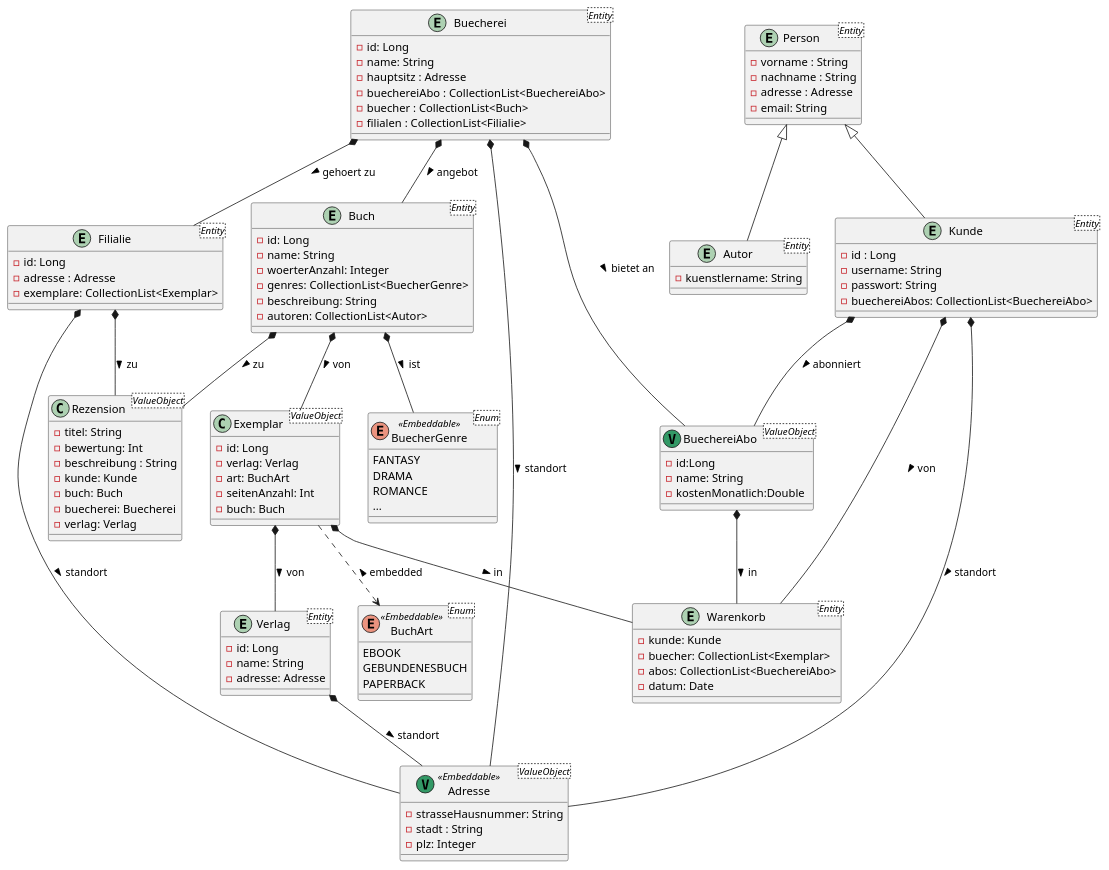
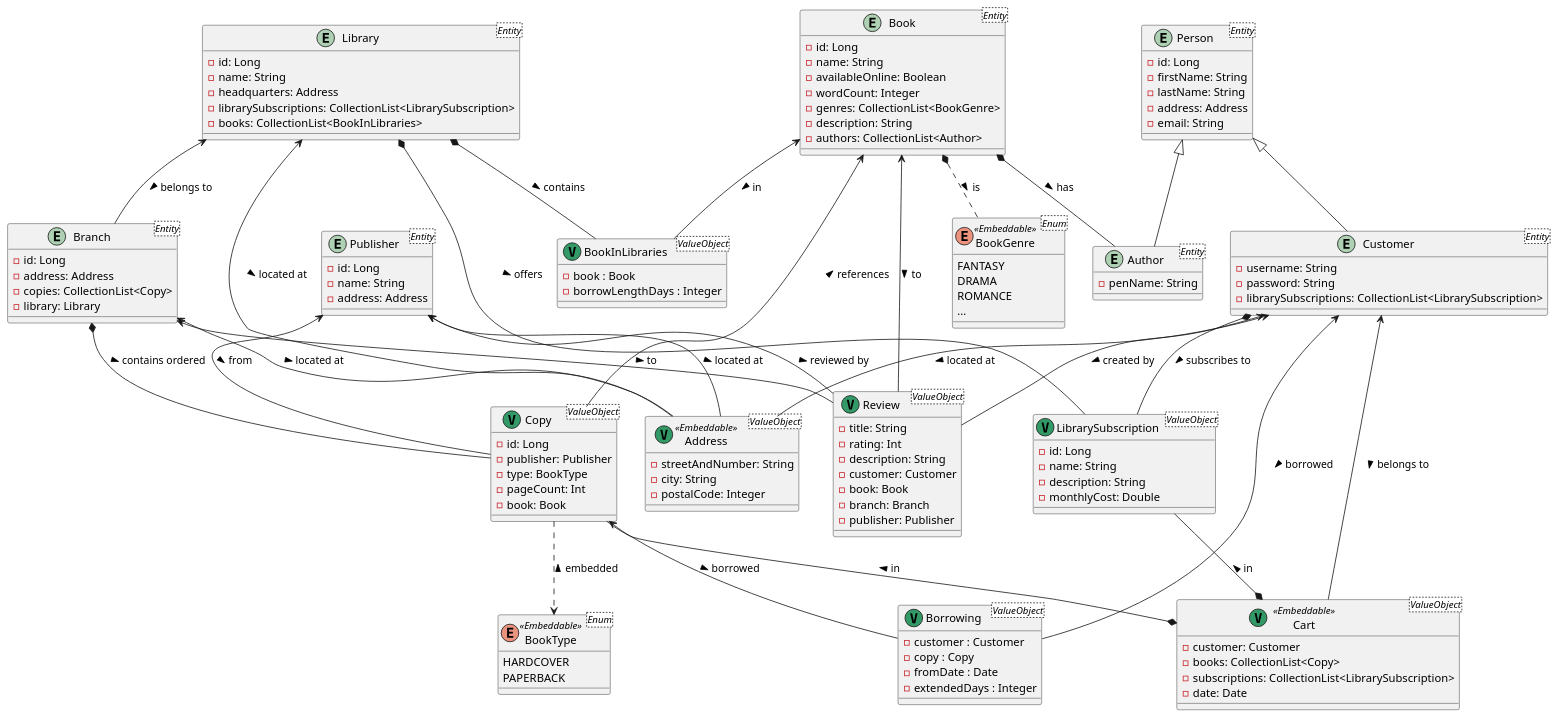
Before and after one commit to Rab210635/BackupRepoPosProject2425: the diagram in sj24-25-Scherzer-Rabar/Bibliothek.puml, drawn with PlantUML.

Commit message:
Modelling continued

```diff
--- a/sj24-25-Scherzer-Rabar/Bibliothek.puml
+++ b/sj24-25-Scherzer-Rabar/Bibliothek.puml
@@ -1,127 +1,146 @@
-     @startuml
+@startuml
 
-entity Buecherei <Entity> {
+entity Library <Entity> {
     - id: Long
     - name: String
-    - hauptsitz : Adresse
-    - buechereiAbo : CollectionList<BuechereiAbo>
-    - buecher : CollectionList<Buch>
-    - filialen : CollectionList<Filialie>
+    - headquarters: Address
+    - librarySubscriptions: CollectionList<LibrarySubscription>
+    - books: CollectionList<BookInLibraries>
 }
 
-entity Filialie <Entity> {
+entity Branch <Entity> {
     - id: Long
-    - adresse : Adresse
-    - exemplare: CollectionList<Exemplar>
+    - address: Address
+    - copies: CollectionList<Copy>
+    - library: Library
 }
 
-entity Buch <Entity> {
+class BookInLibraries <ValueObject> << (V,#339966) >> {
+    - book : Book
+    - borrowLengthDays : Integer
+}
+
+entity Book <Entity> {
     - id: Long
     - name: String
-    - woerterAnzahl: Integer
-    - genres: CollectionList<BuecherGenre>
-    - beschreibung: String
-    - autoren: CollectionList<Autor>
+    - availableOnline: Boolean
+    - wordCount: Integer
+    - genres: CollectionList<BookGenre>
+    - description: String
+    - authors: CollectionList<Author>
 }
 
-class Exemplar <ValueObject>{
-    - id: Long
-    - verlag: Verlag
-    - art: BuchArt
-    - seitenAnzahl: Int
-    - buch: Buch
+class Borrowing <ValueObject> << (V,#339966) >> {
+    - customer : Customer
+    - copy : Copy
+    - fromDate : Date
+    - extendedDays : Integer
 }
 
-entity Warenkorb <Entity> {
-    - kunde: Kunde
-    - buecher: CollectionList<Exemplar>
-    - abos: CollectionList<BuechereiAbo>
-    - datum: Date
+class Copy <ValueObject> << (V,#339966) >> {
+    - id: Long
+    - publisher: Publisher
+    - type: BookType
+    - pageCount: Int
+    - book: Book
 }
 
-
+class Cart <ValueObject> << (V, #339966) Embeddable >> {
+    - customer: Customer
+    - books: CollectionList<Copy>
+    - subscriptions: CollectionList<LibrarySubscription>
+    - date: Date
+}
 
 entity Person <Entity> {
-    - vorname : String
-    - nachname : String
-    - adresse : Adresse
+    - id: Long
+    - firstName: String
+    - lastName: String
+    - address: Address
     - email: String
 }
-entity Autor <Entity> extends Person{
-    - kuenstlername: String
+
+entity Author <Entity> extends Person {
+    - penName: String
 }
 
-entity Kunde <Entity>  extends Person{
-    - id : Long
+entity Customer <Entity> extends Person {
     - username: String
-    - passwort: String
-    - buechereiAbos: CollectionList<BuechereiAbo>
+    - password: String
+    - librarySubscriptions: CollectionList<LibrarySubscription>
 }
 
-class Adresse <ValueObject> << (V, #339966) Embeddable >>{
-    - strasseHausnummer: String
-    - stadt : String
-    - plz: Integer
+class Address <ValueObject> << (V, #339966) Embeddable >> {
+    - streetAndNumber: String
+    - city: String
+    - postalCode: Integer
 }
 
-class Rezension <ValueObject> {
-    - titel: String
-    - bewertung: Int
-    - beschreibung : String
-    - kunde: Kunde
-    - buch: Buch
-    - buecherei: Buecherei
-    - verlag: Verlag
+class Review <ValueObject> << (V,#339966) >> {
+    - title: String
+    - rating: Int
+    - description: String
+    - customer: Customer
+    - book: Book
+    - branch: Branch
+    - publisher: Publisher
 }
 
-entity Verlag <Entity> {
+entity Publisher <Entity> {
     - id: Long
     - name: String
-    - adresse: Adresse
+    - address: Address
 }
 
-class BuechereiAbo <ValueObject> << (V,#339966) >> {
-    - id:Long
+class LibrarySubscription <ValueObject> << (V,#339966) >> {
+    - id: Long
     - name: String
-    - kostenMonatlich:Double
+    - description: String
+    - monthlyCost: Double
 }
 
-enum BuchArt <Enum> <<Embeddable>>{
-    EBOOK
-    GEBUNDENESBUCH
+enum BookType <Enum> <<Embeddable>> {
+    HARDCOVER
     PAPERBACK
 }
 
-enum BuecherGenre <Enum> <<Embeddable>> {
+enum BookGenre <Enum> <<Embeddable>> {
     FANTASY
     DRAMA
     ROMANCE
     ...
 }
 
-Buch *-- Exemplar : von >
-Buch *-- Rezension : zu >
-Buch *-- BuecherGenre : ist >
+Book <-- Copy : references <
+Book <-- Review : to >
+Book *.. BookGenre : is >
+Book *-- Author : has >
+Book <-- BookInLibraries : in >
 
-Exemplar *-- Verlag : von >
-Exemplar *-- Warenkorb : in >
-Exemplar ..> BuchArt :< embedded
+Customer <-- Address : located at >
+Customer *-- LibrarySubscription: subscribes to >
+Customer <-- Cart: belongs to >
+Customer <-- Review: created by >
+Customer <-- Borrowing: borrowed >
 
-Kunde *-- Adresse : standort >
-Kunde *-- BuechereiAbo: abonniert >
-Kunde *-- Warenkorb: von >
+Publisher <-- Copy : from >
+Publisher <-- Address : located at >
+Publisher <-- Review : reviewed by >
 
-Verlag *-- Adresse : standort >
+Branch <-- Address : located at >
+Branch <-- Review : to >
+Branch *-- Copy : contains ordered >
 
-Filialie *-- Adresse : standort >
-Filialie *-- Rezension : zu >
+Library <-- Branch: belongs to >
+Library <-- Address : located at >
+Library *-- LibrarySubscription: offers >
+Library *-- BookInLibraries: contains >
 
-Buecherei *-- Filialie: gehoert zu >
-Buecherei *-- Adresse : standort >
-Buecherei *-- BuechereiAbo: bietet an >
-Buecherei *-- Buch: angebot >
+LibrarySubscription --* Cart: in <
 
-BuechereiAbo *-- Warenkorb: in >
+Copy --* Cart : in <
+Copy ..> BookType : embedded <
+Copy <-- Borrowing : borrowed >
 
 
 @enduml
```
